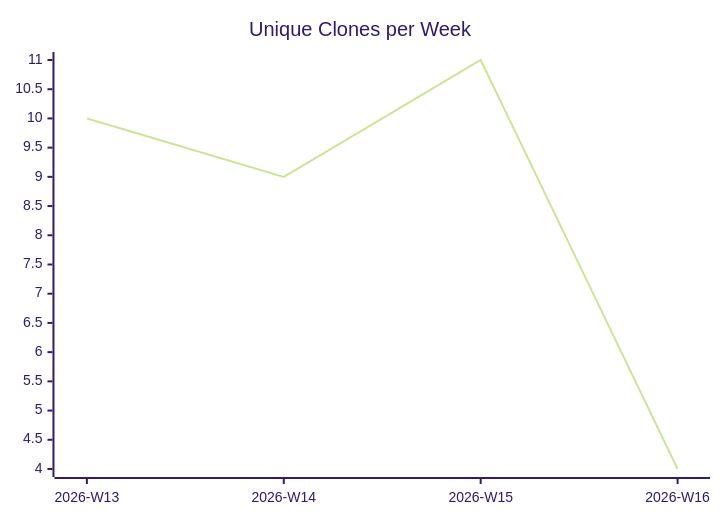
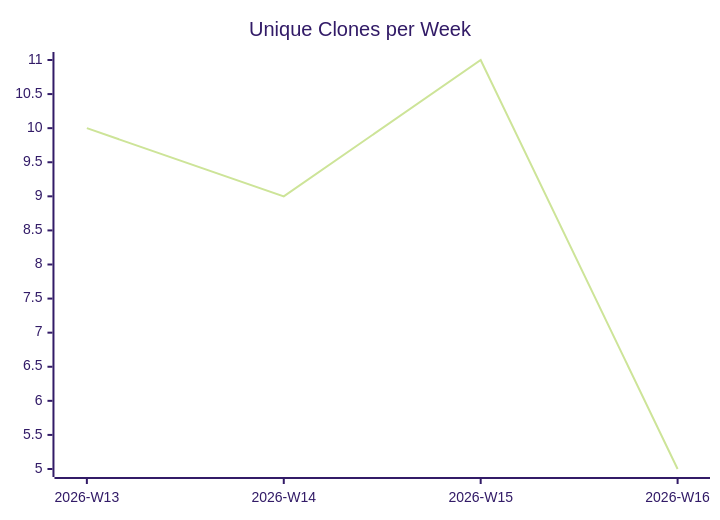
One commit to justdavis-family/github-analytics-data changed the third of 3 diagrams in karlmdavis/usgs-water-api-java/README.md. Above: the diagram before and after it, drawn with Mermaid (forest theme). The commit also changed other lines of this file and 189 other files, not shown here.

````diff
--- a/karlmdavis/usgs-water-api-java/README.md
+++ b/karlmdavis/usgs-water-api-java/README.md
@@ -19,6 +19,6 @@
 ```mermaid
 xychart-beta
   title "Unique Clones per Week"
   x-axis ["2026-W13", "2026-W14", "2026-W15", "2026-W16"]
-  line [10, 9, 11, 4]
+  line [10, 9, 11, 5]
 ```
````
